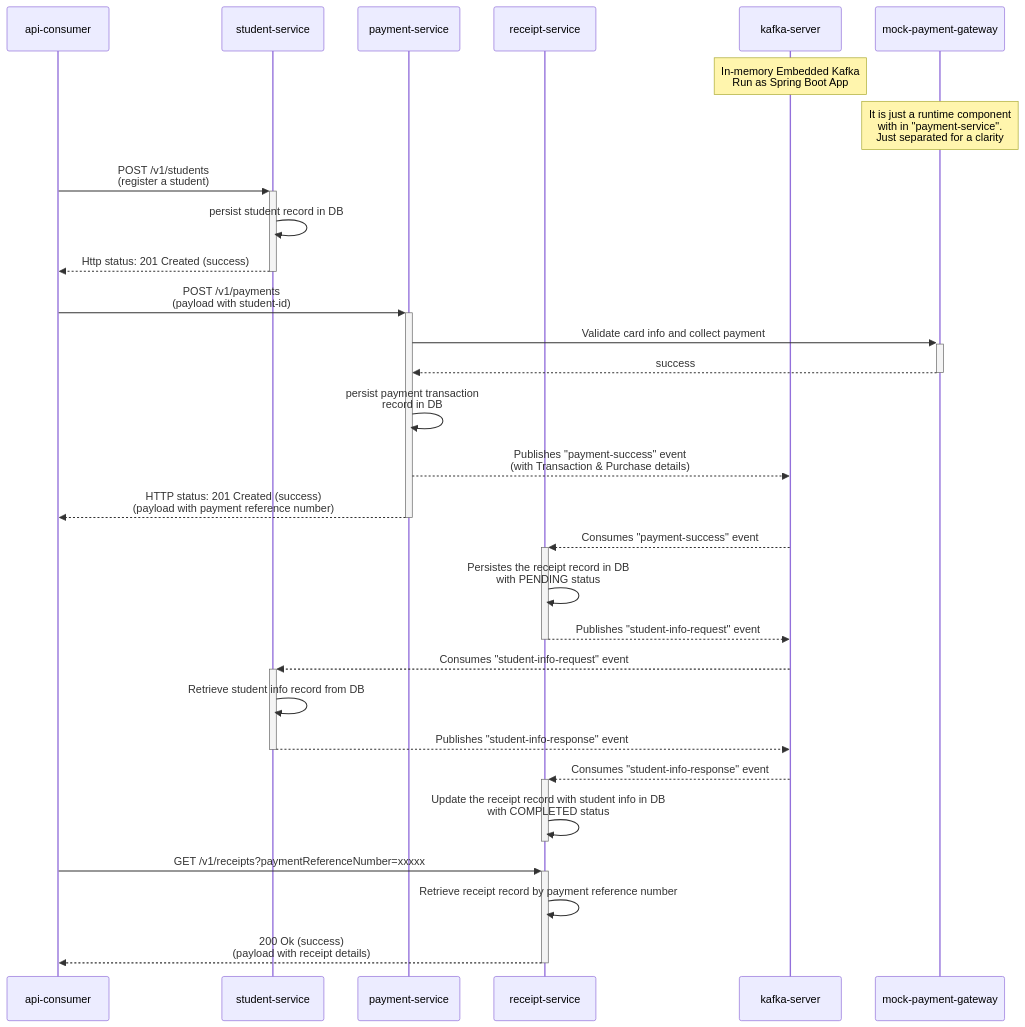
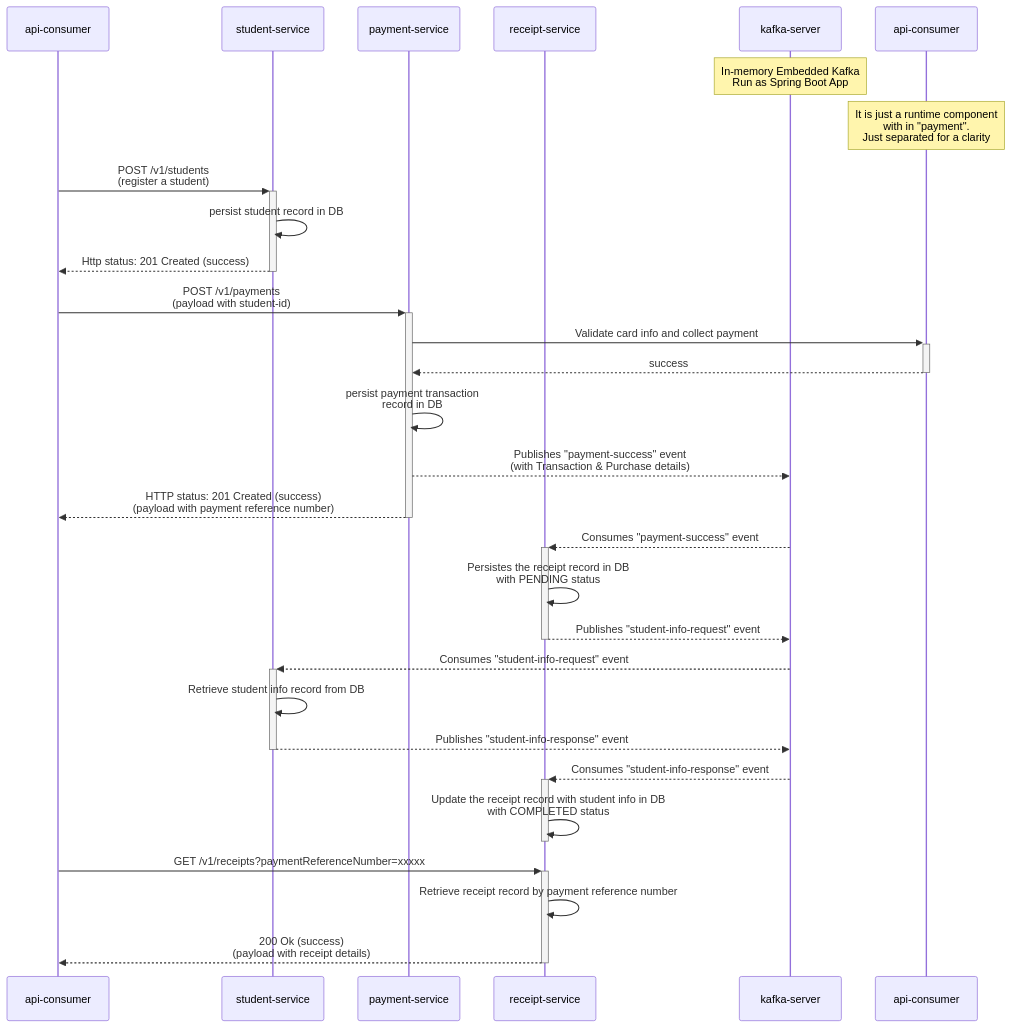
The diagram in README.md (karthikairam/payment-system-using-ddd), drawn with Mermaid before and after one commit.

Commit message:
Corrected mermaid - sequence diagram

````diff
--- a/README.md
+++ b/README.md
@@ -74,31 +74,36 @@
 ```mermaid
 sequenceDiagram
-participant api-consumer
-participant student-service
-participant payment-service
-participant receipt-service
-participant kafka-server
-Note over kafka-server: In-memory Embedded Kafka <br/> Run as Spring Boot App
-participant mock-payment-gateway
-Note over mock-payment-gateway: It is just a runtime component <br/>with in "payment-service".<br/> Just separated for a clarity
-api-consumer->>+student-service: POST /v1/students <br/>(register a student)
-student-service->>student-service: persist student record in DB
-student-service-->>-api-consumer: Http status: 201 Created (success)
-api-consumer->>+payment-service: POST /v1/payments <br/>(payload with student-id)
-payment-service->>+mock-payment-gateway: Validate card info and collect payment
-mock-payment-gateway-->>-payment-service: success
-payment-service->>payment-service: persist payment transaction <br/> record in DB
-payment-service-->>kafka-server: Publishes "payment-success" event <br/> (with Transaction & Purchase details)
-payment-service-->>-api-consumer: HTTP status: 201 Created (success) <br/>(payload with payment reference number)
-kafka-server-->>+receipt-service: Consumes "payment-success" event
-receipt-service->>receipt-service: Persistes the receipt record in DB <br/> with PENDING status
-receipt-service-->>-kafka-server: Publishes "student-info-request" event
-kafka-server-->>+student-service: Consumes "student-info-request" event
-student-service->>student-service: Retrieve student info record from DB
-student-service-->>-kafka-server: Publishes "student-info-response" event
-kafka-server-->>+receipt-service: Consumes "student-info-response" event
-receipt-service->>-receipt-service: Update the receipt record with student info in DB <br/> with COMPLETED status
-api-consumer->>+receipt-service: GET /v1/receipts?paymentReferenceNumber=xxxxx
-receipt-service->>receipt-service: Retrieve receipt record by payment reference number
-receipt-service-->>-api-consumer: 200 Ok (success) <br/> (payload with receipt details)
+    participant api as api-consumer
+    participant student as student-service
+    participant payment as payment-service
+    participant receipt as receipt-service
+    participant kafka as kafka-server
+    participant mpg as api-consumer
+    
+    Note over kafka: In-memory Embedded Kafka <br/> Run as Spring Boot App
+    Note over mpg: It is just a runtime component <br/>with in "payment".<br/> Just separated for a clarity
+    
+    api->>+student: POST /v1/students <br/>(register a student)
+        student->>student: persist student record in DB
+    student-->>-api: Http status: 201 Created (success)
+    
+    api->>+payment: POST /v1/payments <br/>(payload with student-id)
+        payment->>+mpg: Validate card info and collect payment
+        mpg-->>-payment: success
+        payment->>payment: persist payment transaction <br/> record in DB
+        payment-->>kafka: Publishes "payment-success" event <br/> (with Transaction & Purchase details)
+    payment-->>-api: HTTP status: 201 Created (success) <br/>(payload with payment reference number)
+    
+    kafka-->>+receipt: Consumes "payment-success" event
+        receipt->>receipt: Persistes the receipt record in DB <br/> with PENDING status
+        receipt-->>-kafka: Publishes "student-info-request" event
+            kafka-->>+student: Consumes "student-info-request" event
+                student->>student: Retrieve student info record from DB
+                student-->>-kafka: Publishes "student-info-response" event
+                    kafka-->>+receipt: Consumes "student-info-response" event
+                        receipt->>-receipt: Update the receipt record with student info in DB <br/> with COMPLETED status
+                        
+    api->>+receipt: GET /v1/receipts?paymentReferenceNumber=xxxxx
+        receipt->>receipt: Retrieve receipt record by payment reference number
+    receipt-->>-api: 200 Ok (success) <br/> (payload with receipt details)
 ```
````
